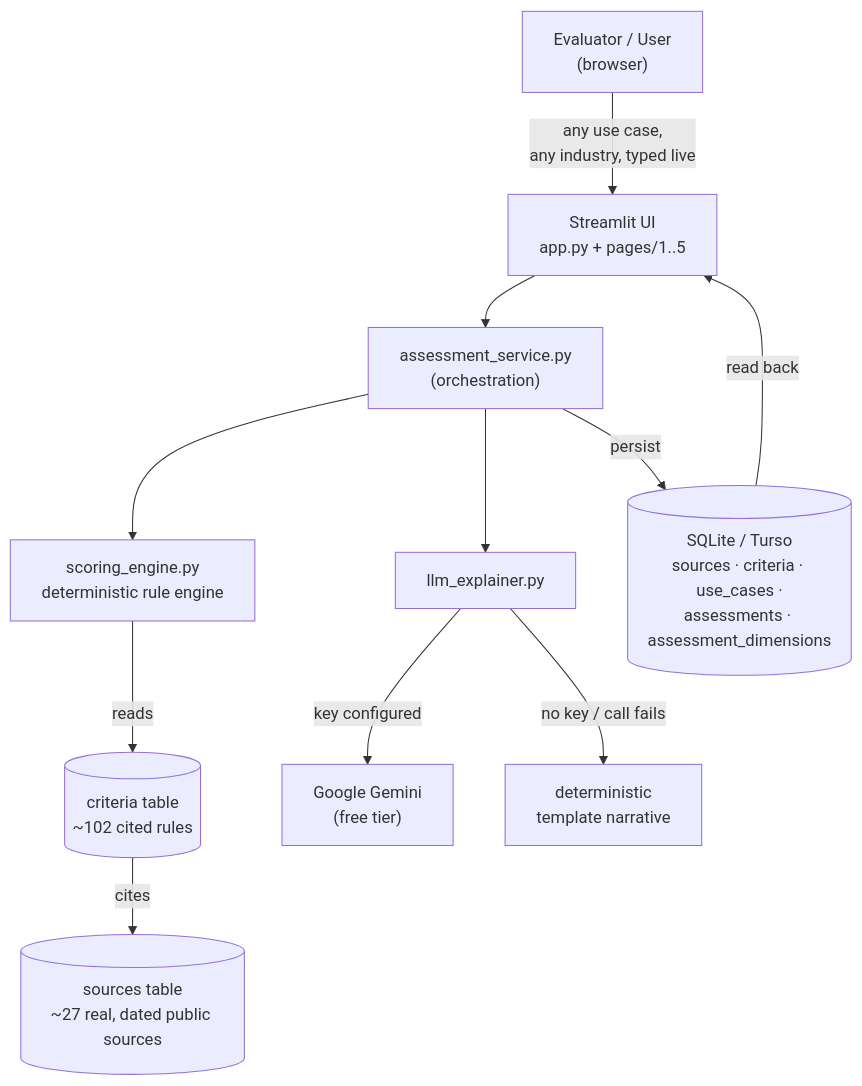
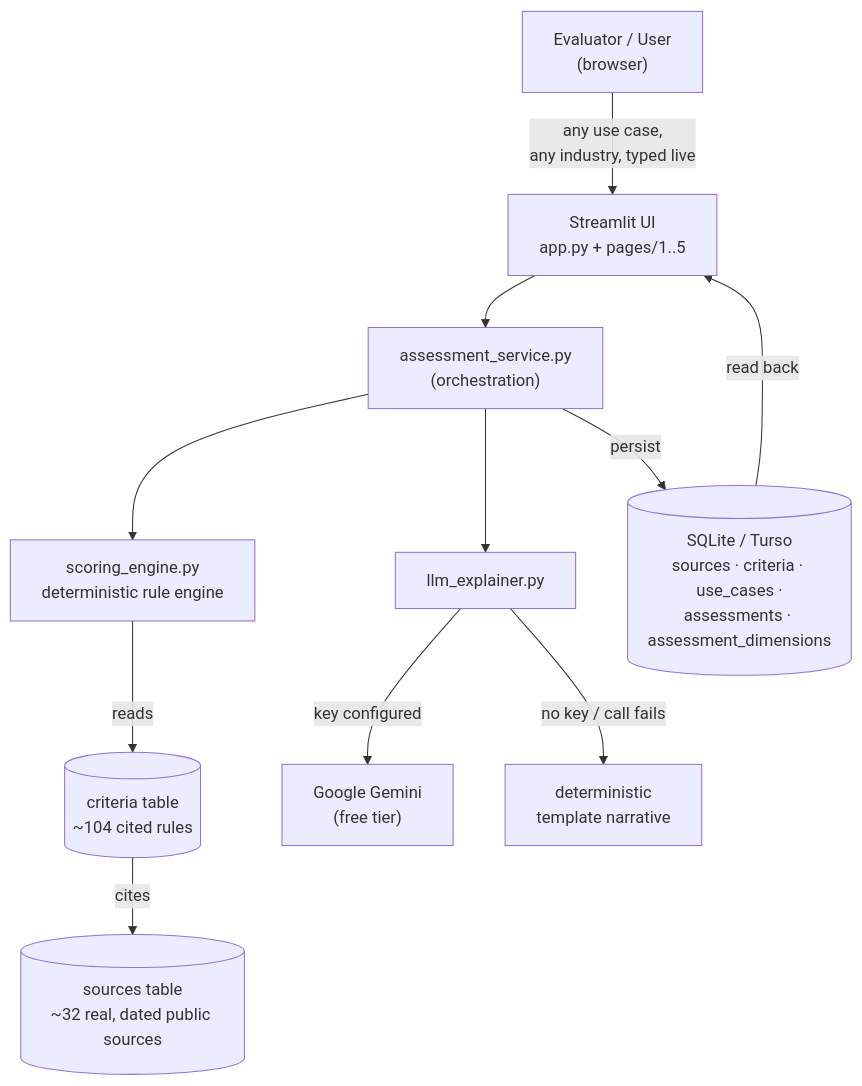
One commit to Nishmithadsouza/ai-governance-assessor changed the diagram in README.md. Above: the diagram before and after it, drawn with Mermaid. The commit also changed other lines of this file and 4 other files, not shown here.

````diff
--- a/README.md
+++ b/README.md
@@ -96,13 +96,13 @@
 ```mermaid
 flowchart TD
     U["Evaluator / User<br/>(browser)"] -->|"any use case,<br/>any industry, typed live"| UI["Streamlit UI<br/>app.py + pages/1..5"]
     UI --> SVC["assessment_service.py<br/>(orchestration)"]
     SVC --> ENGINE["scoring_engine.py<br/>deterministic rule engine"]
-    ENGINE -->|"reads"| CRITERIA[("criteria table<br/>~102 cited rules")]
+    ENGINE -->|"reads"| CRITERIA[("criteria table<br/>~104 cited rules")]
     SVC --> LLM["llm_explainer.py"]
     LLM -->|"key configured"| GEMINI["Google Gemini<br/>(free tier)"]
     LLM -->|"no key / call fails"| TEMPLATE["deterministic<br/>template narrative"]
     SVC -->|"persist"| DB[("SQLite / Turso<br/>sources · criteria · use_cases ·<br/>assessments · assessment_dimensions")]
     DB -->|"read back"| UI
-    CRITERIA -->|"cites"| SOURCES[("sources table<br/>~27 real, dated public sources")]
+    CRITERIA -->|"cites"| SOURCES[("sources table<br/>~32 real, dated public sources")]
 ```
````
